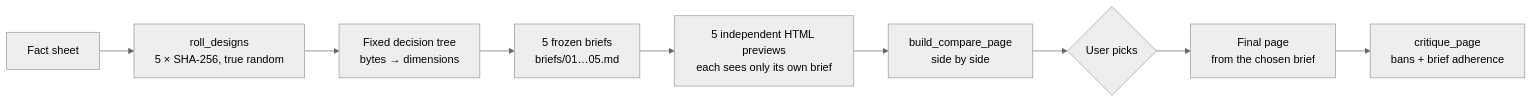
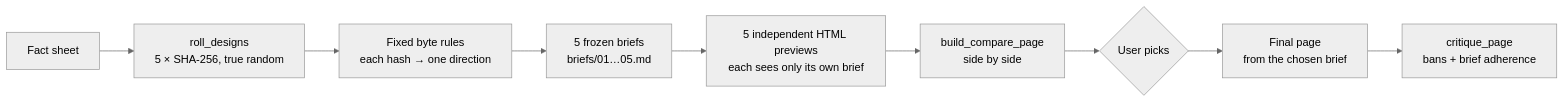
Before and after one commit to qybaihe/hash-design: the diagram in README.md, drawn with Mermaid (neutral theme). The commit also changed other lines of this file and 4 other files, not shown here.

````diff
--- a/README.md
+++ b/README.md
@@ -184,11 +182,11 @@
 ```mermaid
 flowchart LR
   A[Fact sheet] --> B[roll_designs<br/>5 × SHA-256, true random]
-  B --> C[Fixed decision tree<br/>bytes → dimensions]
+  B --> C[Fixed byte rules<br/>each hash → one direction]
   C --> D[5 frozen briefs<br/>briefs/01…05.md]
   D --> E[5 independent HTML previews<br/>each sees only its own brief]
   E --> F[build_compare_page<br/>side by side]
   F --> G{User picks}
   G --> H[Final page<br/>from the chosen brief]
   H --> I[critique_page<br/>bans + brief adherence]
 ```
````
